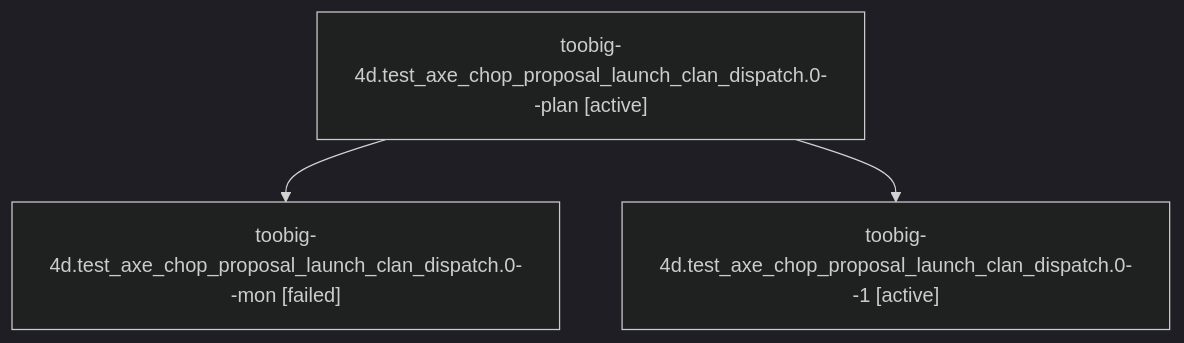
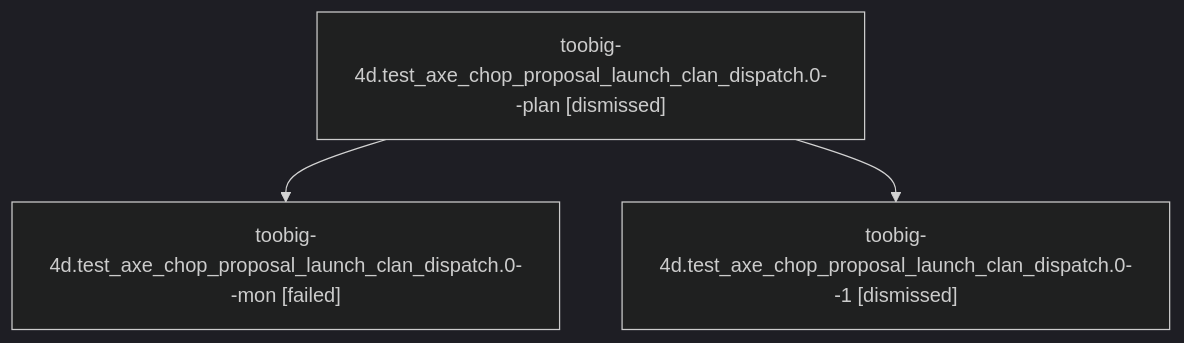
One commit to sase-org/sase--agents changed the diagram in sessions/bbugyi200.athena.toobig-4d.test_axe_chop_proposal_launch_clan_dispatch.0.md. Above: the diagram before and after it, drawn with Mermaid (dark theme). The commit also changed other lines of this file and 73 other files, not shown here.

````diff
--- a/sessions/bbugyi200.athena.toobig-4d.test_axe_chop_proposal_launch_clan_dispatch.0.md
+++ b/sessions/bbugyi200.athena.toobig-4d.test_axe_chop_proposal_launch_clan_dispatch.0.md
@@ -9,8 +9,8 @@
 ```mermaid
 flowchart TD
-  n0["toobig-4d.test_axe_chop_proposal_launch_clan_dispatch.0--plan [active]"]
+  n0["toobig-4d.test_axe_chop_proposal_launch_clan_dispatch.0--plan [dismissed]"]
   n1["toobig-4d.test_axe_chop_proposal_launch_clan_dispatch.0--mon [failed]"]
   n0 --> n1
-  n2["toobig-4d.test_axe_chop_proposal_launch_clan_dispatch.0--1 [active]"]
+  n2["toobig-4d.test_axe_chop_proposal_launch_clan_dispatch.0--1 [dismissed]"]
   n0 --> n2
 ```
````
